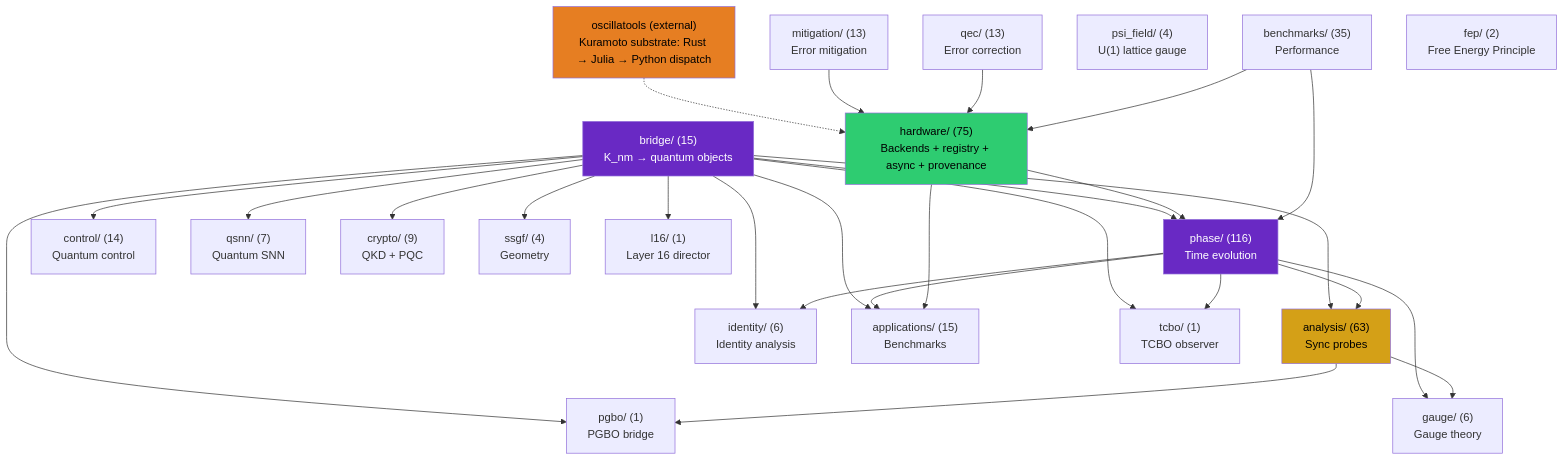
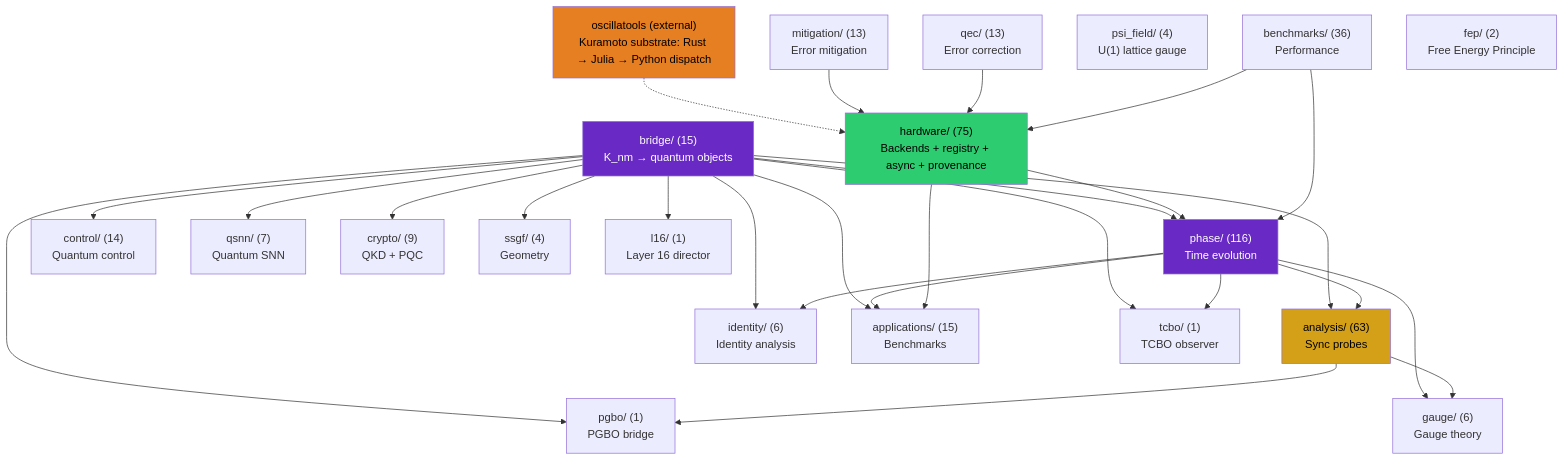
One commit to anulum/scpn-quantum-control changed the first of 4 diagrams in docs/architecture.md. Above: the diagram before and after it, drawn with Mermaid. The commit also changed other lines of this file and 1 other file, not shown here.

Commit message:
fix(docs): refresh live module inventory
Align the hand-written Python and benchmarks module counts with the current source tree so the documentation inventory gate remains exact.

Seat: 4139971

Authored by Anulum Fortis & Arcane Sapience (protoscience@anulum.li)

````diff
--- a/docs/architecture.md
+++ b/docs/architecture.md
@@ -362,55 +362,55 @@
 ```mermaid
 graph TD
     bridge["bridge/ (15)\nK_nm → quantum objects"]
     phase["phase/ (116)\nTime evolution"]
     analysis["analysis/ (63)\nSync probes"]
     control["control/ (14)\nQuantum control"]
     qsnn["qsnn/ (7)\nQuantum SNN"]
     identity["identity/ (6)\nIdentity analysis"]
     hardware["hardware/ (75)\nBackends + registry + async + provenance"]
     mitigation["mitigation/ (13)\nError mitigation"]
     qec["qec/ (13)\nError correction"]
     gauge["gauge/ (6)\nGauge theory"]
     apps["applications/ (15)\nBenchmarks"]
     crypto["crypto/ (9)\nQKD + PQC"]
-    benchmarks["benchmarks/ (35)\nPerformance"]
+    benchmarks["benchmarks/ (36)\nPerformance"]
     ssgf["ssgf/ (4)\nGeometry"]
     psi_field["psi_field/ (4)\nU(1) lattice gauge"]
     oscillatools["oscillatools (external)\nKuramoto substrate: Rust → Julia → Python dispatch"]
     fep["fep/ (2)\nFree Energy Principle"]
     tcbo["tcbo/ (1)\nTCBO observer"]
     pgbo["pgbo/ (1)\nPGBO bridge"]
     l16["l16/ (1)\nLayer 16 director"]
 
     bridge --> phase
     bridge --> analysis
     bridge --> control
     bridge --> qsnn
     bridge --> identity
     bridge --> apps
     bridge --> crypto
     bridge --> ssgf
     phase --> analysis
     phase --> identity
     phase --> apps
     phase --> gauge
     analysis --> gauge
     hardware --> phase
     hardware --> apps
     oscillatools -.-> hardware
     mitigation --> hardware
     qec --> hardware
     benchmarks --> phase
     benchmarks --> hardware
     bridge --> tcbo
     bridge --> pgbo
     bridge --> l16
     phase --> tcbo
     analysis --> pgbo
 
     style bridge fill:#6929C4,color:#fff
     style analysis fill:#d4a017,color:#000
     style phase fill:#6929C4,color:#fff
     style hardware fill:#2ecc71,color:#000
     style oscillatools fill:#e67e22,color:#000
 ```
````
